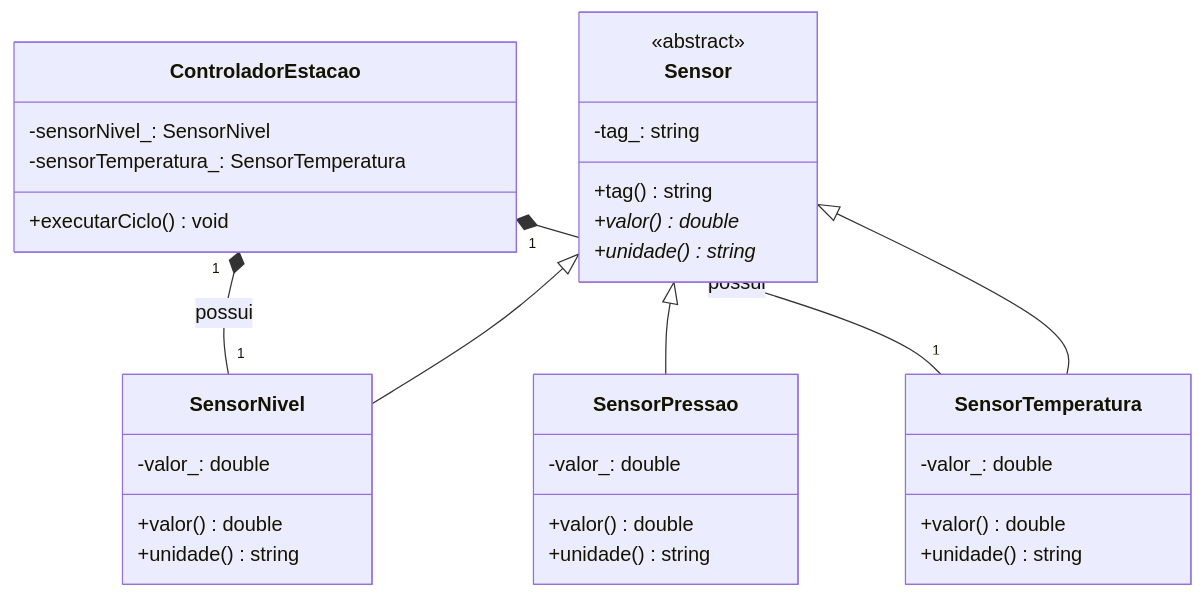
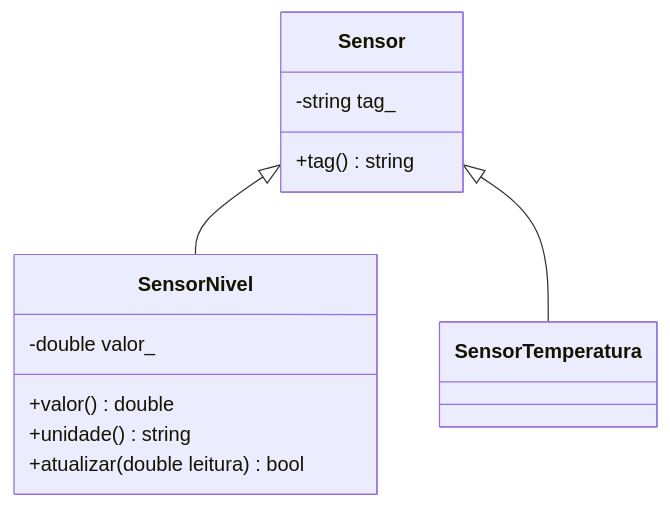
Before and after one commit to rafaelrezo/curso-poo: the diagram in docs/fundamentos_poo_cpp_python/06_heranca_polimorfismo/index.md, drawn with Mermaid. The commit also changed other lines of this file and 56 other files, not shown here.

````diff
--- a/docs/fundamentos_poo_cpp_python/06_heranca_polimorfismo/index.md
+++ b/docs/fundamentos_poo_cpp_python/06_heranca_polimorfismo/index.md
@@ -35,35 +57,16 @@
 ```mermaid
 classDiagram
     class Sensor {
-        <<abstract>>
-        -tag_: string
+        -string tag_
         +tag() string
-        +valor() double*
-        +unidade() string*
     }
     class SensorNivel {
-        -valor_: double
+        -double valor_
         +valor() double
         +unidade() string
+        +atualizar(double leitura) bool
     }
-    class SensorTemperatura {
-        -valor_: double
-        +valor() double
-        +unidade() string
-    }
-    class SensorPressao {
-        -valor_: double
-        +valor() double
-        +unidade() string
-    }
-    class ControladorEstacao {
-        -sensorNivel_: SensorNivel
-        -sensorTemperatura_: SensorTemperatura
-        +executarCiclo() void
-    }
+    class SensorTemperatura
     Sensor <|-- SensorNivel
     Sensor <|-- SensorTemperatura
-    Sensor <|-- SensorPressao
-    ControladorEstacao "1" *-- "1" SensorNivel : possui
-    ControladorEstacao "1" *-- "1" SensorTemperatura : possui
 ```
````
